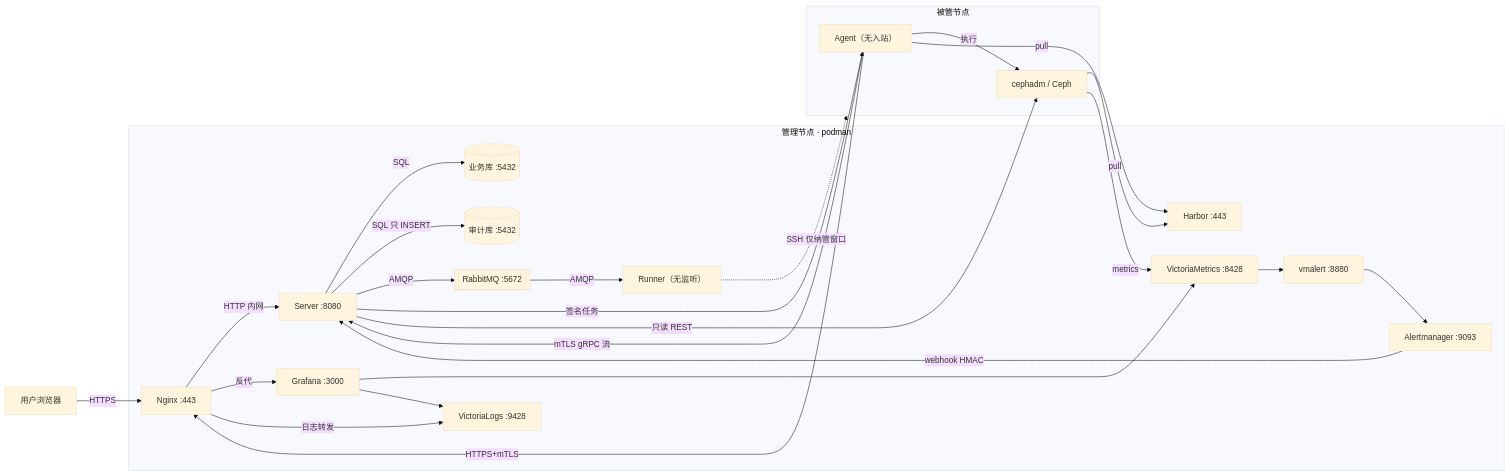
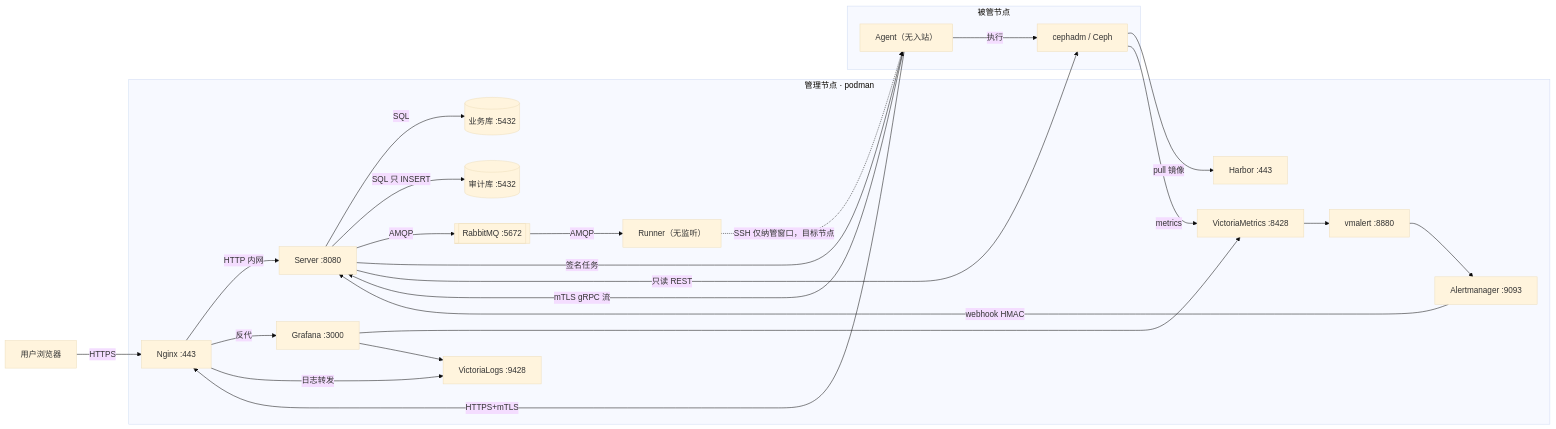
Before and after one commit to lnsyyj/winter: the first of 19 diagrams in docs/02-研发线/04-架构师/架构时序与数据流图册.md, drawn with Mermaid (base theme). The commit also changed other lines of this file and 1 other file, not shown here.

````diff
--- a/docs/02-研发线/04-架构师/架构时序与数据流图册.md
+++ b/docs/02-研发线/04-架构师/架构时序与数据流图册.md
@@ -25,47 +27,46 @@
 ```mermaid
 graph LR
   U["用户浏览器"]
 
   subgraph M["管理节点 · podman"]
     NG["Nginx :443"]
     S["Server :8080"]
     RN["Runner（无监听）"]
     PG[("业务库 :5432")]
     ADB[("审计库 :5432")]
     MQ[["RabbitMQ :5672"]]
     HR["Harbor :443"]
     VM["VictoriaMetrics :8428"]
     VL["VictoriaLogs :9428"]
     VMA["vmalert :8880"]
     AM["Alertmanager :9093"]
     GF["Grafana :3000"]
   end
 
   subgraph N["被管节点"]
     A["Agent（无入站）"]
     CE["cephadm / Ceph"]
   end
 
   U -->|HTTPS| NG
   NG -->|HTTP 内网| S
   NG -->|反代| GF
   NG -->|日志转发| VL
   S -->|SQL| PG
   S -->|SQL 只 INSERT| ADB
   S -->|AMQP| MQ
   MQ -->|AMQP| RN
-  RN -.->|SSH 仅纳管窗口| N
+  RN -.->|SSH 仅纳管窗口，目标节点| A
   A -->|mTLS gRPC 流| S
   S -->|签名任务| A
   A -->|HTTPS+mTLS| NG
   A -->|执行| CE
-  A -->|pull| HR
-  CE -->|pull| HR
+  CE -->|pull 镜像| HR
   CE -->|metrics| VM
   VM --> VMA
   VMA --> AM
   AM -->|webhook HMAC| S
   S -->|只读 REST| CE
   GF --> VM
   GF --> VL
 ```
````
